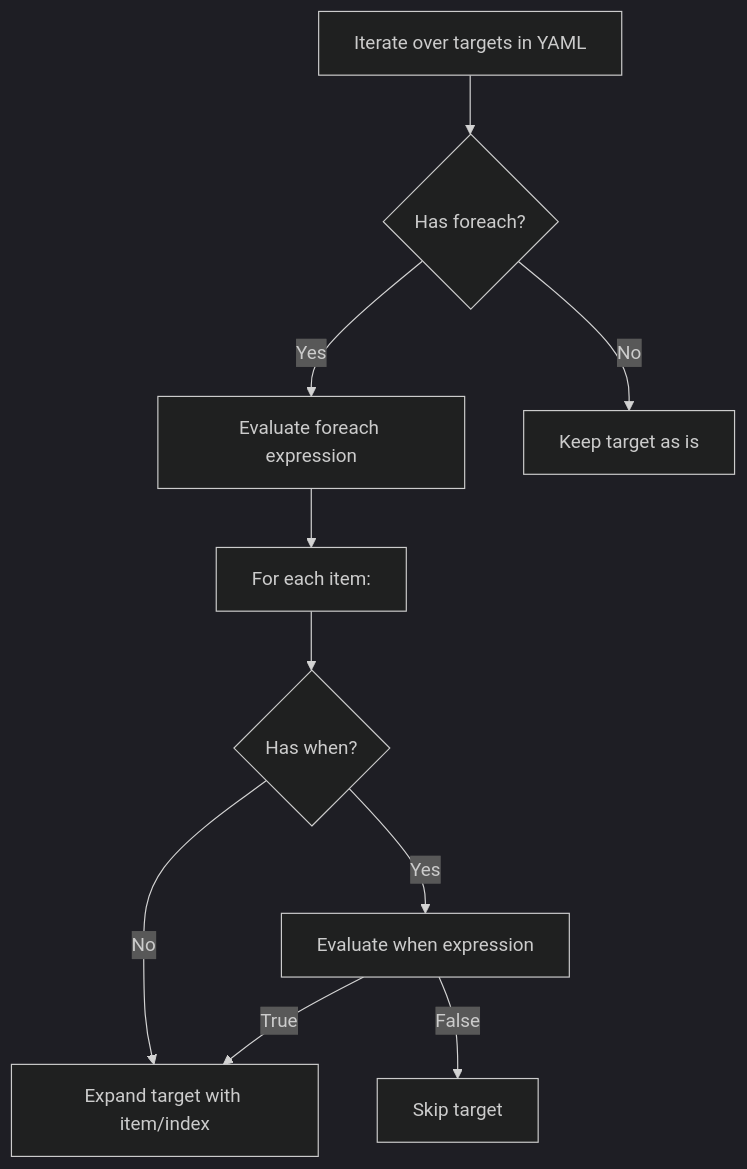
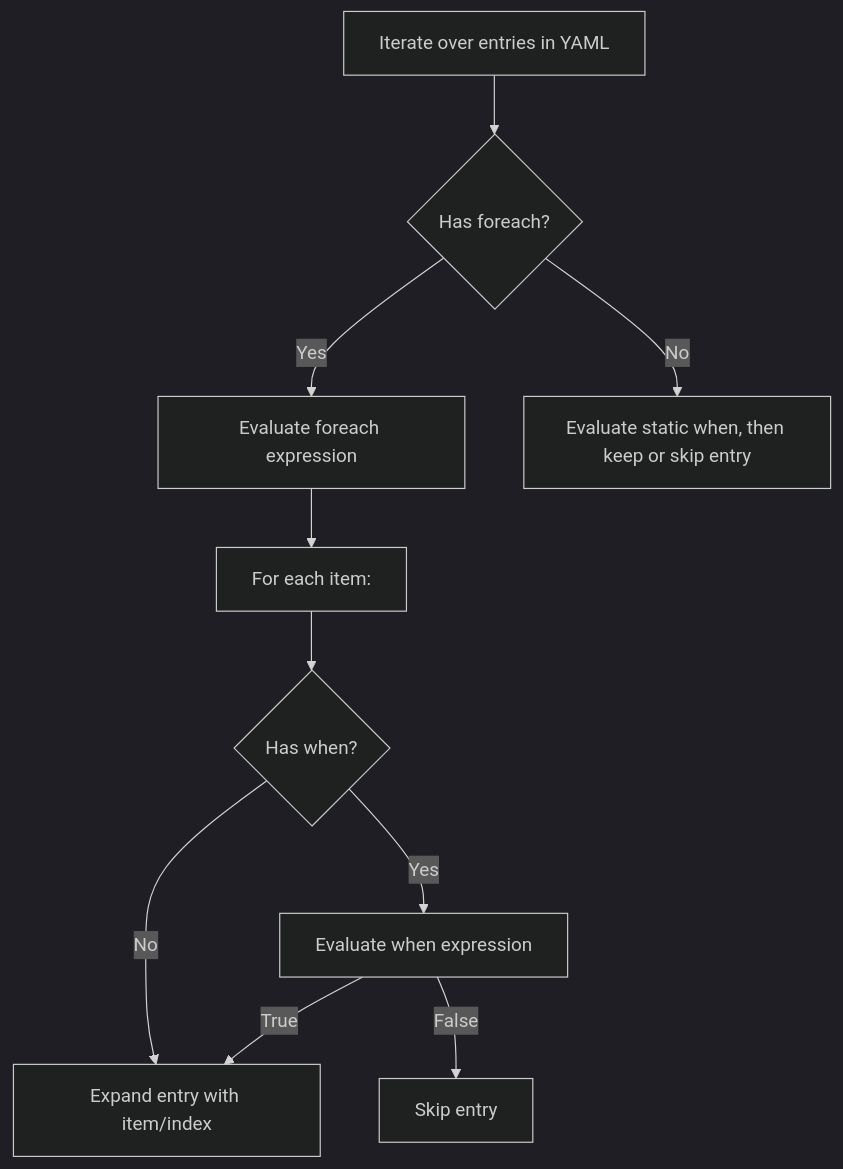
One commit to leynos/netsuke changed the third of 13 diagrams in docs/netsuke-design.md. Above: the diagram before and after it, drawn with Mermaid (dark theme). The commit also changed other lines of this file and 8 other files, not shown here.

````diff
--- a/docs/netsuke-design.md
+++ b/docs/netsuke-design.md
@@ -359,12 +436,12 @@
 ```mermaid
 flowchart TD
-    A[Iterate over targets in YAML] --> B{Has foreach?}
+    A[Iterate over entries in YAML] --> B{Has foreach?}
     B -- Yes --> C[Evaluate foreach expression]
     C --> D[For each item:]
     D --> E{Has when?}
     E -- Yes --> F[Evaluate when expression]
-    F -- True --> G[Expand target with item/index]
-    F -- False --> H[Skip target]
+    F -- True --> G[Expand entry with item/index]
+    F -- False --> H[Skip entry]
     E -- No --> G
-    B -- No --> I[Keep target as is]
+    B -- No --> I[Evaluate static when, then keep or skip entry]
 ```
````
